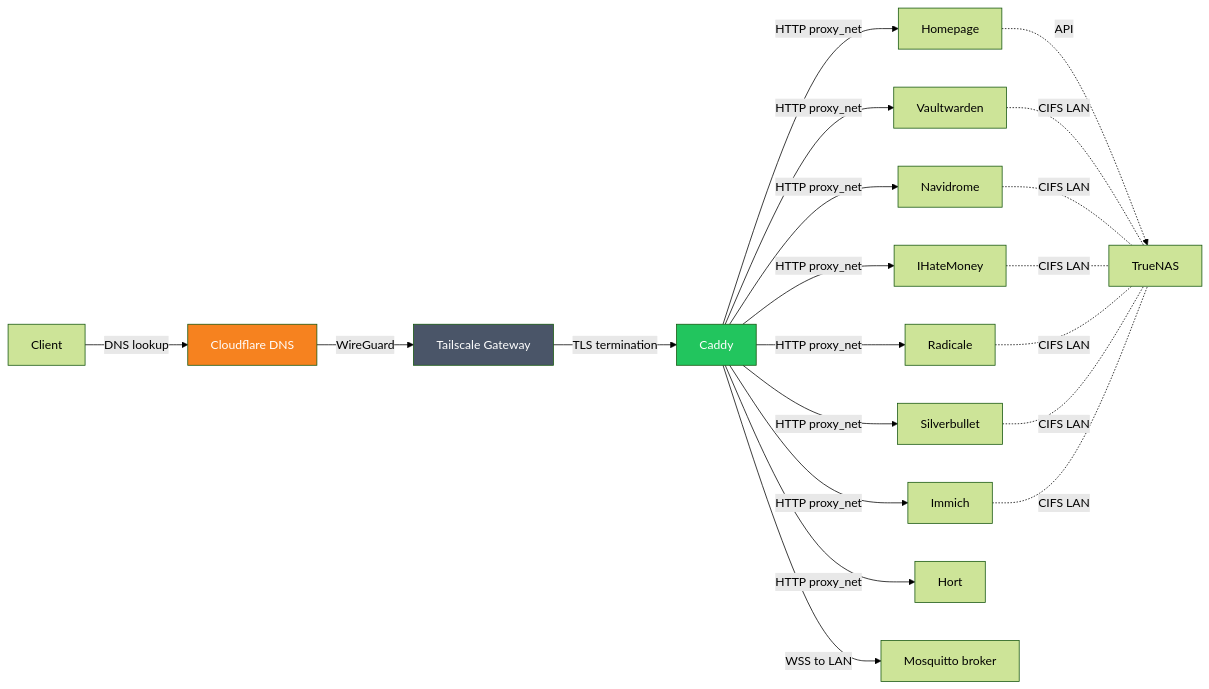
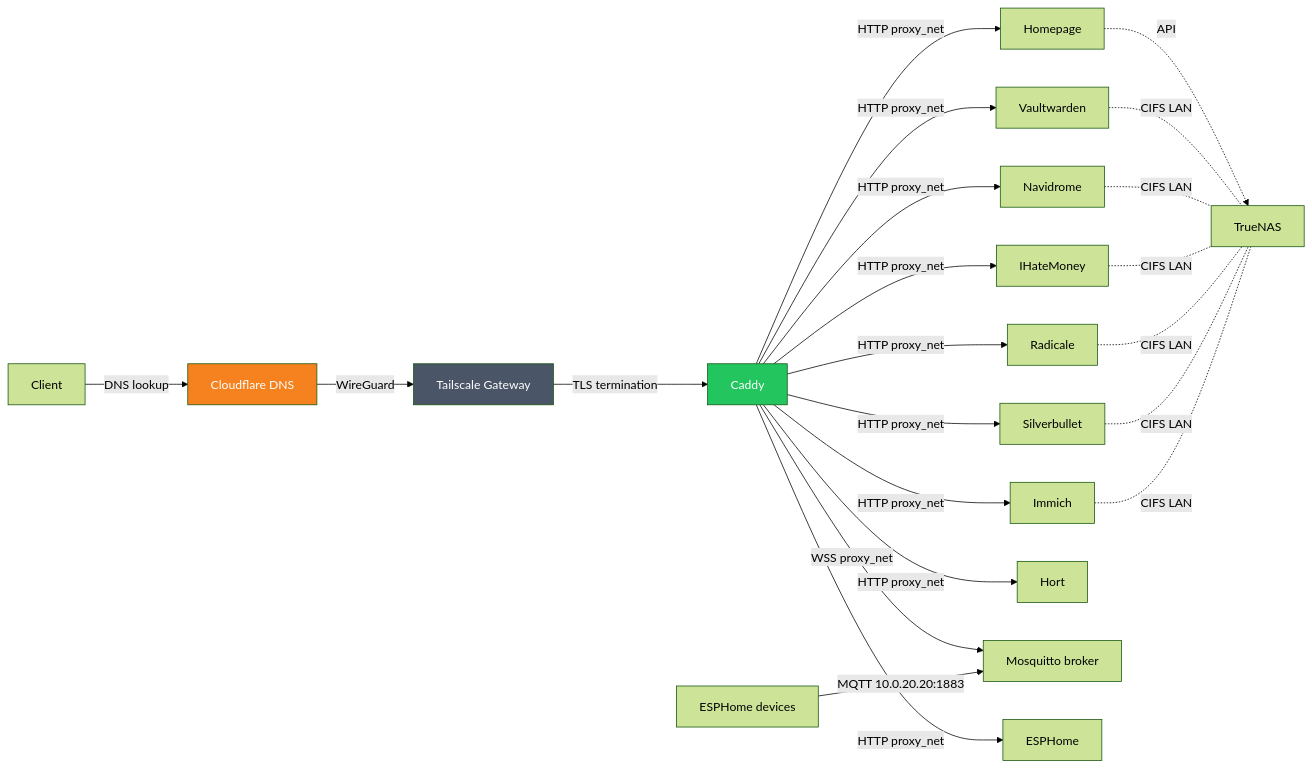
One commit to masolnada/homelab changed the second of 2 diagrams in README.md. Above: the diagram before and after it, drawn with Mermaid (forest theme). The commit also changed other lines of this file and 7 other files, not shown here.

Commit message:
feat: add automation stack (mosquitto + esphome migrated from gordi)

````diff
--- a/README.md
+++ b/README.md
@@ -82,26 +83,28 @@
 ```mermaid
 graph LR
     Client -->|DNS lookup| CF[Cloudflare DNS]
     CF -->|WireGuard| TS[Tailscale Gateway]
     TS -->|TLS termination| Caddy
     Caddy -->|HTTP proxy_net| Homepage
     Caddy -->|HTTP proxy_net| Vaultwarden
     Caddy -->|HTTP proxy_net| Navidrome
     Caddy -->|HTTP proxy_net| IHateMoney
     Caddy -->|HTTP proxy_net| Radicale
     Caddy -->|HTTP proxy_net| Silverbullet
     Caddy -->|HTTP proxy_net| Immich
     Caddy -->|HTTP proxy_net| Hort
-    Caddy -->|WSS to LAN| Mosquitto[Mosquitto broker]
+    Caddy -->|WSS proxy_net| Mosquitto[Mosquitto broker]
+    Caddy -->|HTTP proxy_net| ESPHome
+    Devices[ESPHome devices] -->|MQTT 10.0.20.20:1883| Mosquitto
     Homepage -.->|API| NAS[TrueNAS]
     Vaultwarden -.-|CIFS LAN| NAS
     Navidrome -.-|CIFS LAN| NAS
     IHateMoney -.-|CIFS LAN| NAS
     Radicale -.-|CIFS LAN| NAS
     Silverbullet -.-|CIFS LAN| NAS
     Immich -.-|CIFS LAN| NAS
 
     style CF fill:#f6821f,color:#fff
     style TS fill:#4a5568,color:#fff
     style Caddy fill:#22c55e,color:#fff
 ```
````
